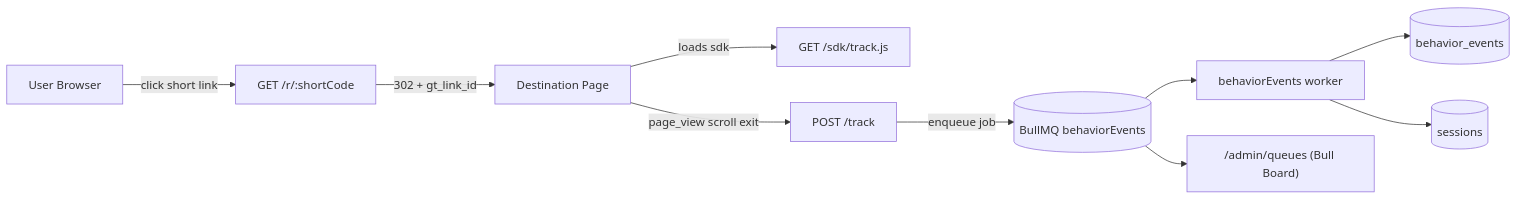
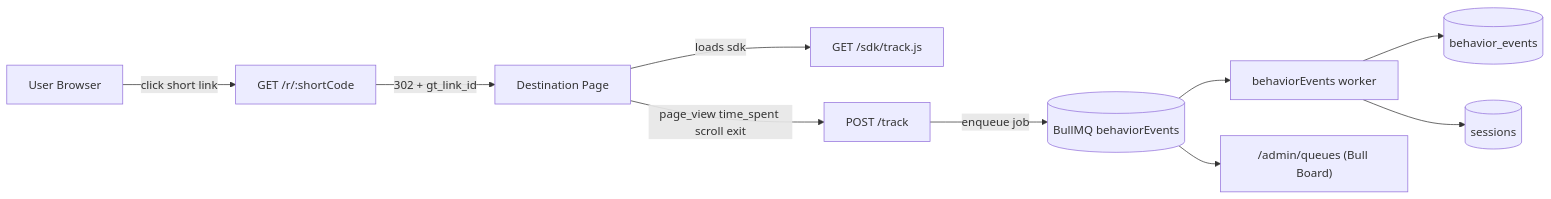
The diagram in docs/TRACKING_SDK_BULLMQ_FLOW.md (Siddhant043/growtrace-backend), drawn with Mermaid before and after one commit. The commit also changed other lines of this file and 2 other files, not shown here.

Commit message:
updated to track time spent

````diff
--- a/docs/TRACKING_SDK_BULLMQ_FLOW.md
+++ b/docs/TRACKING_SDK_BULLMQ_FLOW.md
@@ -16,12 +16,12 @@
 ```mermaid
 flowchart LR
     userBrowser[User Browser] -->|click short link| redirectEndpoint["GET /r/:shortCode"]
     redirectEndpoint -->|302 + gt_link_id| destinationPage[Destination Page]
     destinationPage -->|loads sdk| sdkAsset["GET /sdk/track.js"]
-    destinationPage -->|page_view scroll exit| trackEndpoint["POST /track"]
+    destinationPage -->|page_view time_spent scroll exit| trackEndpoint["POST /track"]
     trackEndpoint -->|enqueue job| behaviorQueue[(BullMQ behaviorEvents)]
     behaviorQueue --> workerProcess[behaviorEvents worker]
     workerProcess --> behaviorEventsCollection[(behavior_events)]
     workerProcess --> sessionsCollection[(sessions)]
     behaviorQueue --> bullBoard["/admin/queues (Bull Board)"]
 ```
````
